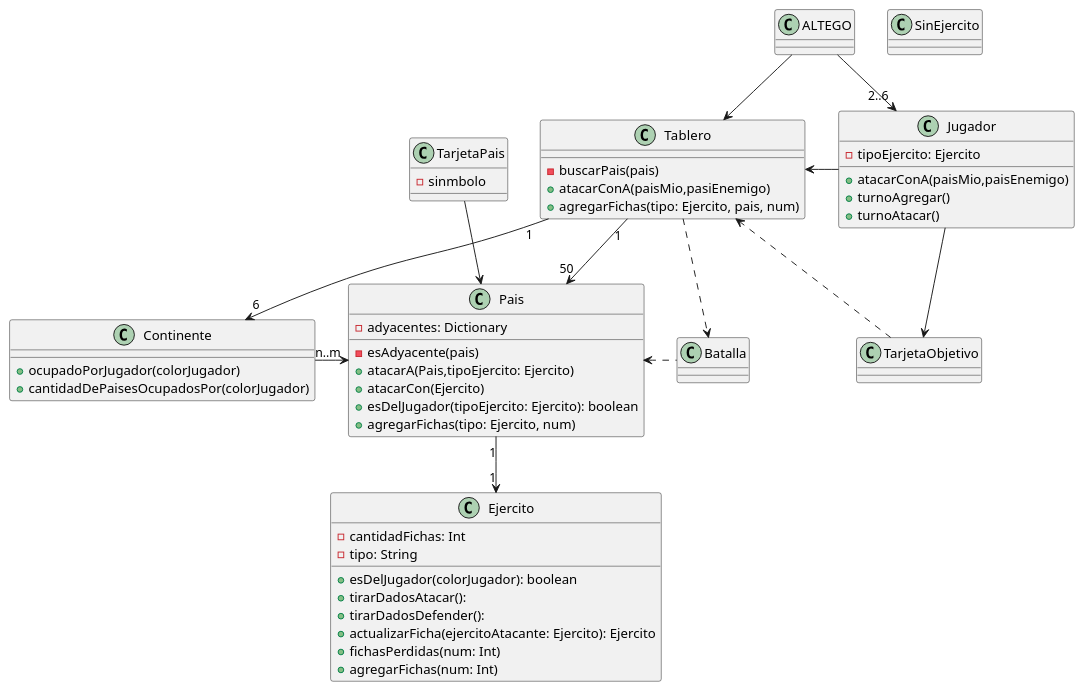
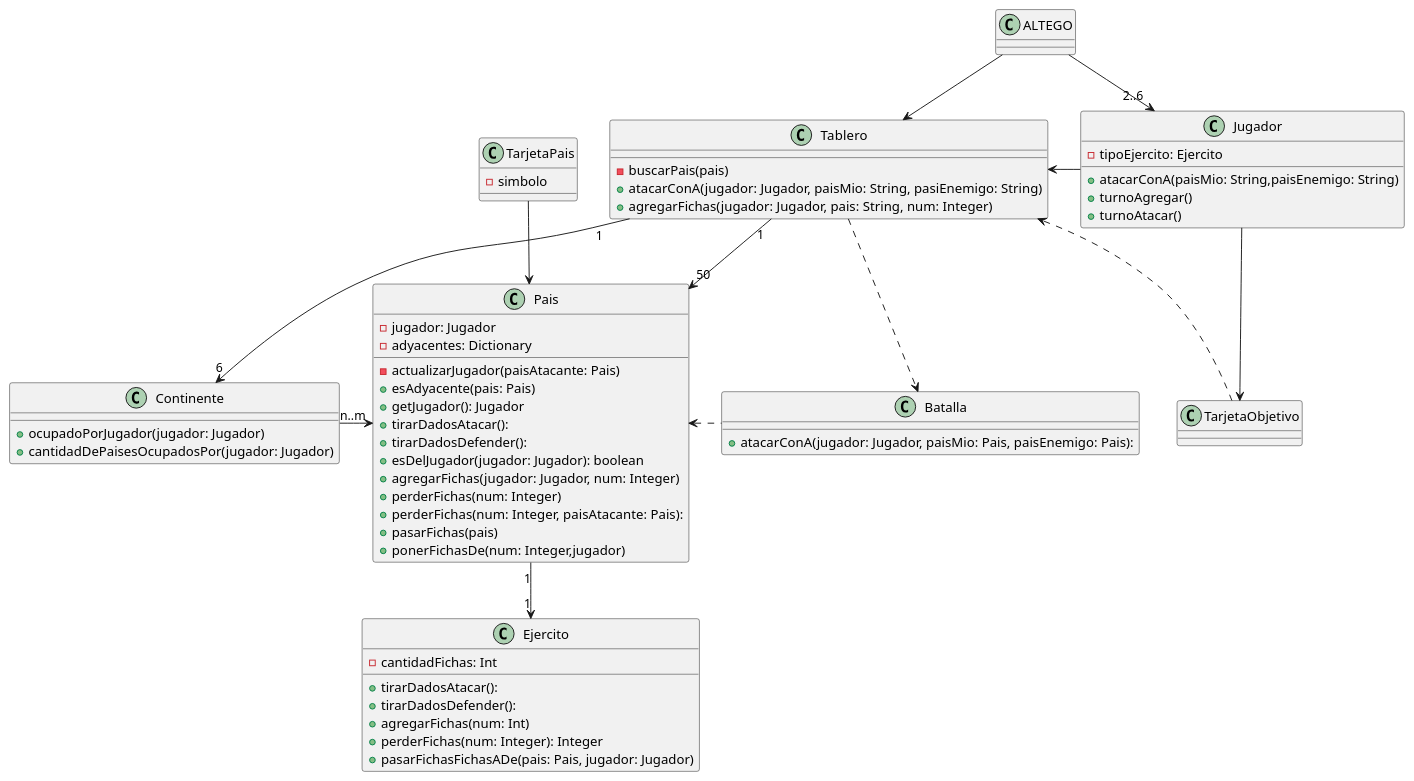
The diagram in docs/Diagramas/Codigo/diagrama_de_clase_inicial.puml (mpata2000/Algo3-TP2-TEG), drawn with PlantUML before and after one commit. The commit also changed 1 other file, not shown here.

Commit message:
Agrego nuevo Diagrama de clase V0.3

```diff
--- a/docs/Diagramas/Codigo/diagrama_de_clase_inicial.puml
+++ b/docs/Diagramas/Codigo/diagrama_de_clase_inicial.puml
@@ -1,72 +1,74 @@
 @startuml ModeloInicial-V0.3
 
 Class ALTEGO{
 
 }
 
 Class Tablero{
     -buscarPais(pais)
-    +atacarConA(paisMio,pasiEnemigo)
-    +agregarFichas(tipo: Ejercito, pais, num)
+    +atacarConA(jugador: Jugador, paisMio: String, pasiEnemigo: String)
+    +agregarFichas(jugador: Jugador, pais: String, num: Integer)
 }
 
 Class Continente{
-    +ocupadoPorJugador(colorJugador)
-    +cantidadDePaisesOcupadosPor(colorJugador)
+    +ocupadoPorJugador(jugador: Jugador)
+    +cantidadDePaisesOcupadosPor(jugador: Jugador)
 }
 
 Class Jugador{
     -tipoEjercito: Ejercito
-    +atacarConA(paisMio,paisEnemigo)
+    +atacarConA(paisMio: String,paisEnemigo: String)
     +turnoAgregar()
     +turnoAtacar()
 }
 
 Class Pais{
+    -jugador: Jugador
     -adyacentes: Dictionary
-    -esAdyacente(pais)
-    +atacarA(Pais,tipoEjercito: Ejercito)
-    +atacarCon(Ejercito)
-    +esDelJugador(tipoEjercito: Ejercito): boolean
-    +agregarFichas(tipo: Ejercito, num)
+    -actualizarJugador(paisAtacante: Pais)
+    +esAdyacente(pais: Pais)
+    +getJugador(): Jugador
+    +tirarDadosAtacar():
+    +tirarDadosDefender():
+    +esDelJugador(jugador: Jugador): boolean
+    +agregarFichas(jugador: Jugador, num: Integer)
+    +perderFichas(num: Integer)
+    +perderFichas(num: Integer, paisAtacante: Pais):
+    +pasarFichas(pais)
+    +ponerFichasDe(num: Integer,jugador)
 }
 
 Class Ejercito{
     -cantidadFichas: Int
-    -tipo: String
-    +esDelJugador(colorJugador): boolean
     +tirarDadosAtacar():
     +tirarDadosDefender():
-    +actualizarFicha(ejercitoAtacante: Ejercito): Ejercito
-    +fichasPerdidas(num: Int)
     +agregarFichas(num: Int)
+    +perderFichas(num: Integer): Integer
+    +pasarFichasFichasADe(pais: Pais, jugador: Jugador)
 }
 
-Class SinEjercito{
-
-}
 
 Class Batalla{
-
+    +atacarConA(jugador: Jugador, paisMio: Pais, paisEnemigo: Pais):
 }
 
 Class TarjetaPais{
-    - sinmbolo
+    - simbolo
 }
 
 Class TarjetaObjetivo{}
 
 ALTEGO --> Tablero
 ALTEGO --> "2..6"Jugador
 Jugador  -left-> Tablero
 Tablero "1"-->"50" Pais
 Tablero "1"-->"6" Continente
 Tablero ..> Batalla
 Batalla .left.> Pais
 Continente --right-->"n..m" Pais
 Pais "1"-->"1" Ejercito
 Jugador --> TarjetaObjetivo
 TarjetaObjetivo ..> Tablero
 TarjetaPais --> Pais
 
 @enduml
```
